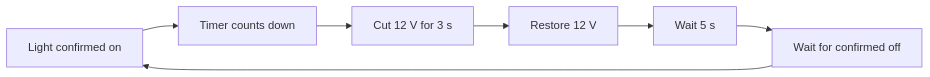
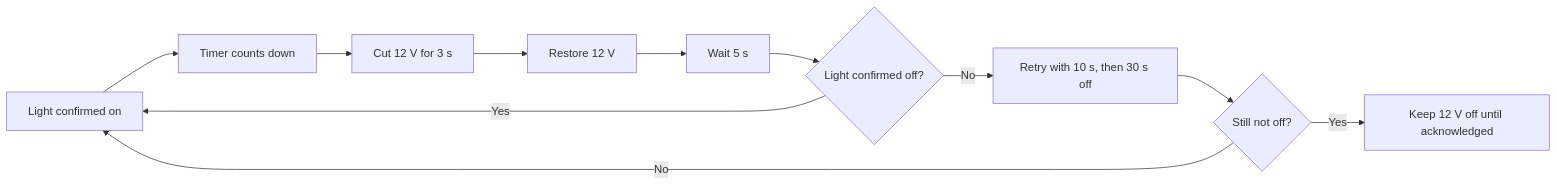
One commit to mschyllander/mirror-onoff changed the diagram in README.md. Above: the diagram before and after it, drawn with Mermaid. The commit also changed other lines of this file and 10 other files, not shown here.

````diff
--- a/README.md
+++ b/README.md
@@ -41,9 +42,13 @@
 ```mermaid
 flowchart LR
     A[Light confirmed on] --> B[Timer counts down]
     B --> C[Cut 12 V for 3 s]
     C --> D[Restore 12 V]
     D --> E[Wait 5 s]
-    E --> F[Wait for confirmed off]
-    F --> A
+    E --> F{Light confirmed off?}
+    F -->|Yes| A
+    F -->|No| G[Retry with 10 s, then 30 s off]
+    G --> H{Still not off?}
+    H -->|Yes| I[Keep 12 V off until acknowledged]
+    H -->|No| A
 ```
````
